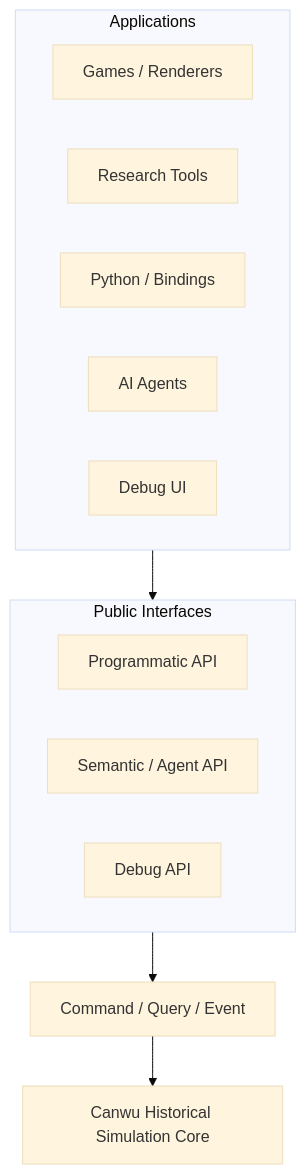
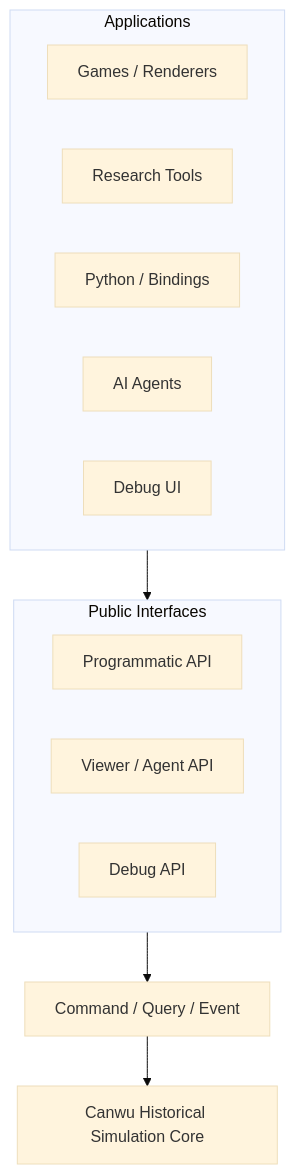
One commit to PeiyuanQi/canwu changed the second of 6 diagrams in docs/architecture.md. Above: the diagram before and after it, drawn with Mermaid (base theme). The commit also changed other lines of this file and 81 other files, not shown here.

````diff
--- a/docs/architecture.md
+++ b/docs/architecture.md
@@ -95,21 +95,21 @@
 ```mermaid
 flowchart TB
     subgraph Applications
         Games[Games / Renderers]
         Research[Research Tools]
         Python[Python / Bindings]
         Agents[AI Agents]
         Debug[Debug UI]
     end
     subgraph Public[Public Interfaces]
         Programmatic[Programmatic API]
-        Semantic[Semantic / Agent API]
+        Viewer[Viewer / Agent API]
         DebugApi[Debug API]
     end
     CQE[Command / Query / Event]
     Core[Canwu Historical Simulation Core]
 
     Applications --> Public
     Public --> CQE
     CQE --> Core
 ```
````
